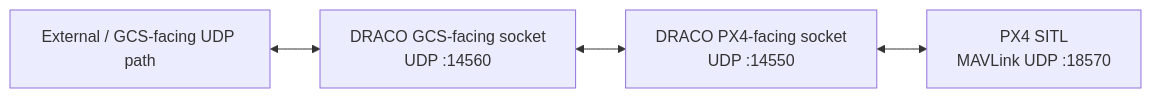
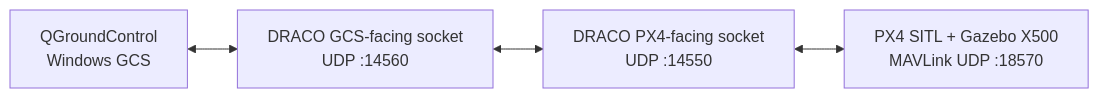
Before and after one commit to Niranjan-Chenna/draco-uav-security: the diagram in README.md, drawn with Mermaid. The commit also changed other lines of this file, not shown here.

````diff
--- a/README.md
+++ b/README.md
@@ -33,11 +49,11 @@
 ```mermaid
 flowchart LR
-    EXT["External / GCS-facing UDP path"]
-    GCS["DRACO GCS-facing socket\nUDP :14560"]
-    PX4SIDE["DRACO PX4-facing socket\nUDP :14550"]
-    PX4["PX4 SITL\nMAVLink UDP :18570"]
+    QGC["QGroundControl<br/>Windows GCS"]
+    GCS["DRACO GCS-facing socket<br/>UDP :14560"]
+    PX4SIDE["DRACO PX4-facing socket<br/>UDP :14550"]
+    PX4["PX4 SITL + Gazebo X500<br/>MAVLink UDP :18570"]
 
-    EXT <--> GCS
+    QGC <--> GCS
     GCS <--> PX4SIDE
     PX4SIDE <--> PX4
 ```
````
